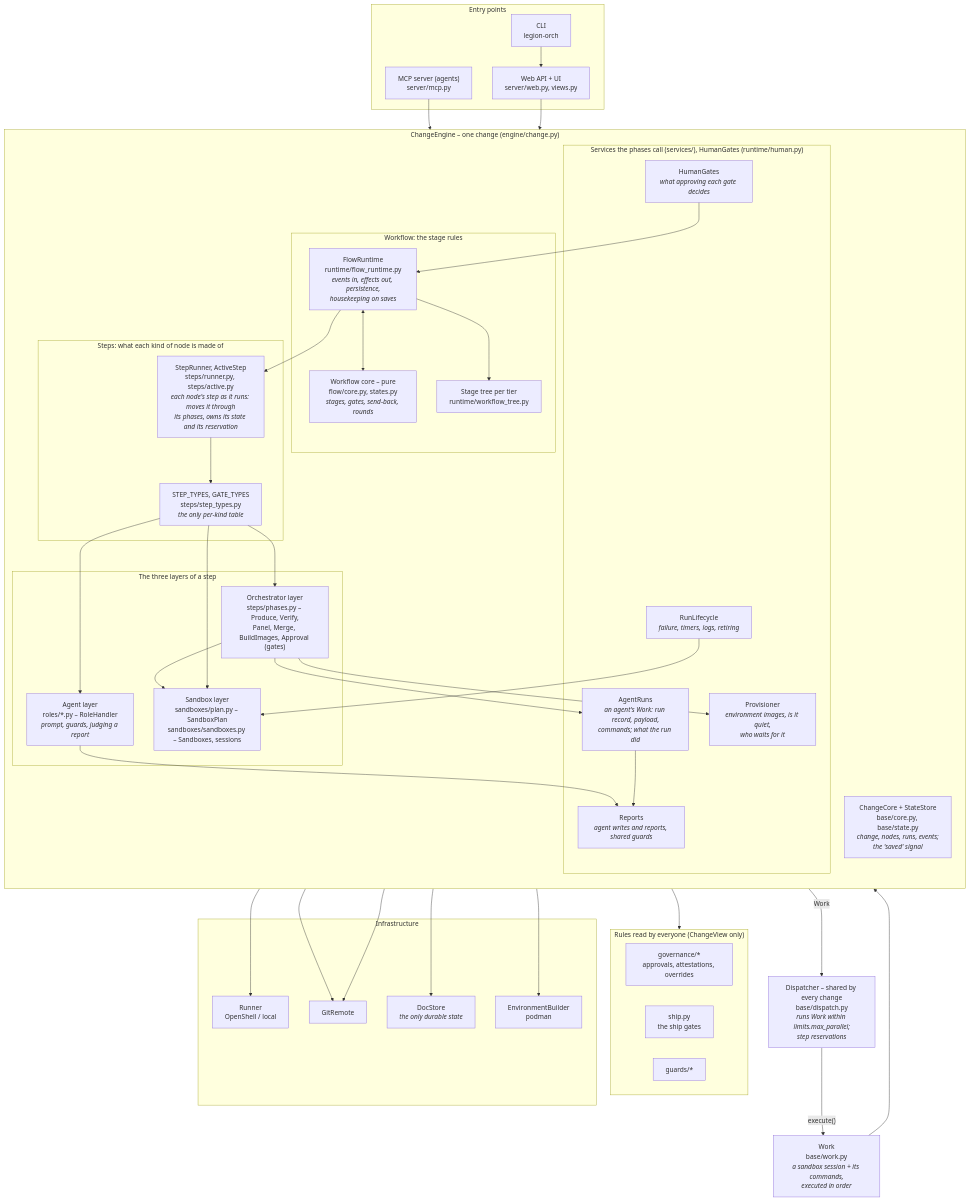
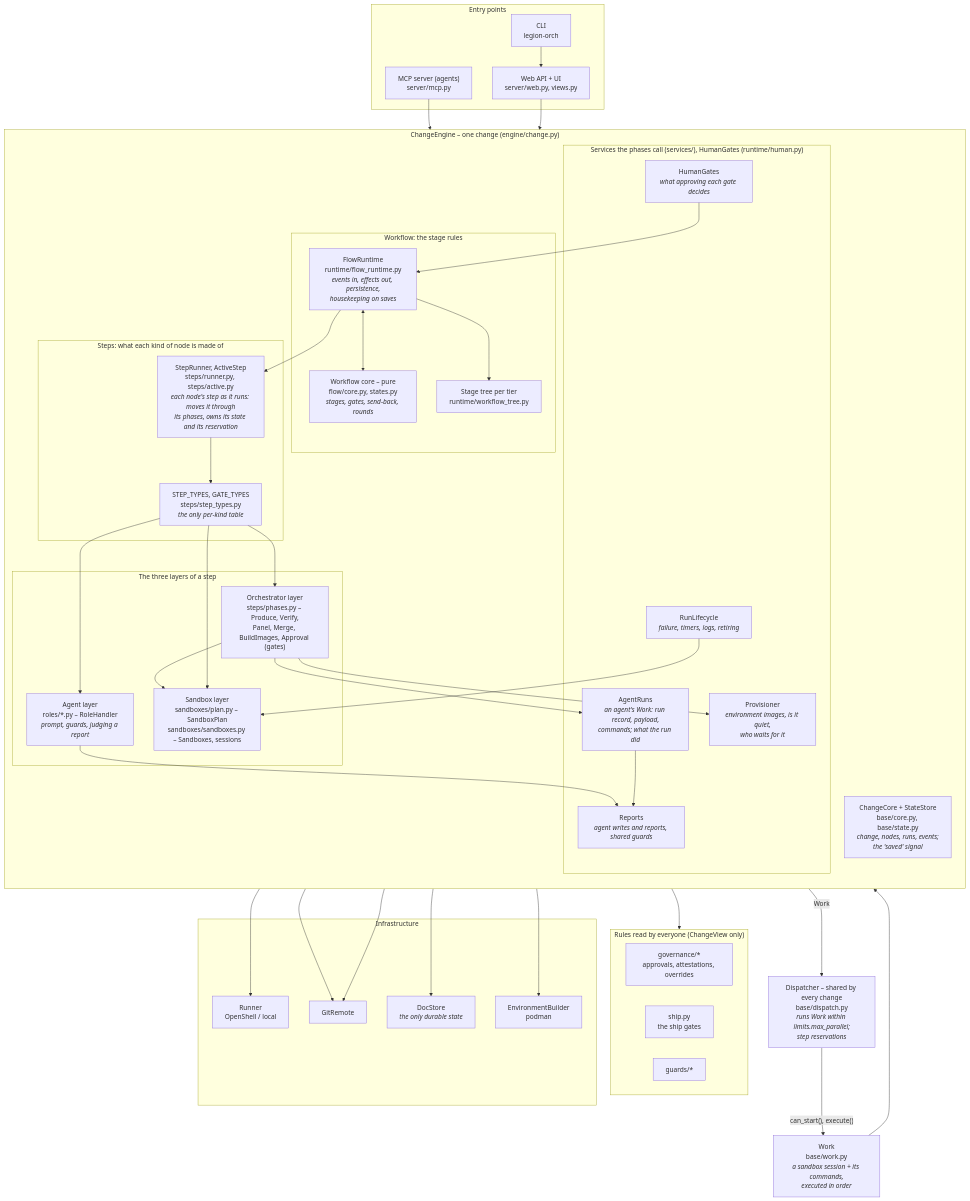
One commit to mr-miles/orchestrator changed the first of 6 diagrams in docs/architecture.md. Above: the diagram before and after it, drawn with Mermaid. The commit also changed other lines of this file and 11 other files, not shown here.

````diff
--- a/docs/architecture.md
+++ b/docs/architecture.md
@@ -13,72 +13,72 @@
 ```mermaid
 flowchart TB
     subgraph entry["Entry points"]
         web["Web API + UI<br/>server/web.py, views.py"]
         mcp["MCP server (agents)<br/>server/mcp.py"]
         cli["CLI<br/>legion-orch"]
     end
 
     subgraph engine["ChangeEngine – one change (engine/change.py)"]
         direction TB
         subgraph wf["Workflow: the stage rules"]
             core["Workflow core – pure<br/>flow/core.py, states.py<br/><i>stages, gates, send-back, rounds</i>"]
             tree["Stage tree per tier<br/>runtime/workflow_tree.py"]
             rt["FlowRuntime<br/>runtime/flow_runtime.py<br/><i>events in, effects out, persistence,<br/>housekeeping on saves</i>"]
         end
         subgraph steps["Steps: what each kind of node is made of"]
             runner["StepRunner, ActiveStep<br/>steps/runner.py, steps/active.py<br/><i>each node's step as it runs: moves it through<br/>its phases, owns its state and its reservation</i>"]
             types["STEP_TYPES, GATE_TYPES<br/>steps/step_types.py<br/><i>the only per-kind table</i>"]
         end
         subgraph layers["The three layers of a step"]
             agent["Agent layer<br/>roles/*.py – RoleHandler<br/><i>prompt, guards, judging a report</i>"]
             phases["Orchestrator layer<br/>steps/phases.py – Produce, Verify,<br/>Panel, Merge, BuildImages, Approval (gates)"]
             sbx["Sandbox layer<br/>sandboxes/plan.py – SandboxPlan<br/>sandboxes/sandboxes.py – Sandboxes, sessions"]
         end
         subgraph svc["Services the phases call (services/), HumanGates (runtime/human.py)"]
             agents["AgentRuns<br/><i>an agent's Work: run record, payload,<br/>commands; what the run did</i>"]
             reports["Reports<br/><i>agent writes and reports, shared guards</i>"]
             prov["Provisioner<br/><i>environment images, is it quiet,<br/>who waits for it</i>"]
             life["RunLifecycle<br/><i>failure, timers, logs, retiring</i>"]
             gates["HumanGates<br/><i>what approving each gate decides</i>"]
         end
         state["ChangeCore + StateStore<br/>base/core.py, base/state.py<br/><i>change, nodes, runs, events;<br/>the 'saved' signal</i>"]
     end
 
     disp["Dispatcher – shared by every change<br/>base/dispatch.py<br/><i>runs Work within limits.max_parallel;<br/>step reservations</i>"]
     work["Work<br/>base/work.py<br/><i>a sandbox session + its commands,<br/>executed in order</i>"]
 
     subgraph gov["Rules read by everyone (ChangeView only)"]
         governance["governance/*<br/>approvals, attestations, overrides"]
         ship["ship.py<br/>the ship gates"]
         guards["guards/*"]
     end
 
     subgraph infra["Infrastructure"]
         runnerx["Runner<br/>OpenShell / local"]
         git["GitRemote"]
         store["DocStore<br/><i>the only durable state</i>"]
         builder["EnvironmentBuilder<br/>podman"]
     end
 
     web --> engine
     cli --> web
     mcp --> reports
     rt <--> core
     rt --> tree
     rt --> runner
     gates --> rt
     runner --> types
     types --> agent & phases & sbx
     phases --> agents & prov & sbx
     phases -- "Work" --> disp
-    disp -- "execute()" --> work
+    disp -- "can_start(), execute()" --> work
     work --> sbx
     agents --> reports
     agent --> reports
     life --> sbx
     engine --> gov
     sbx --> runnerx
     phases & gates --> git
     state --> store
     prov --> builder
 ```
````
